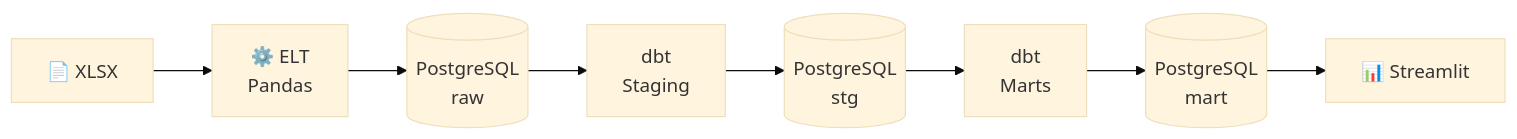
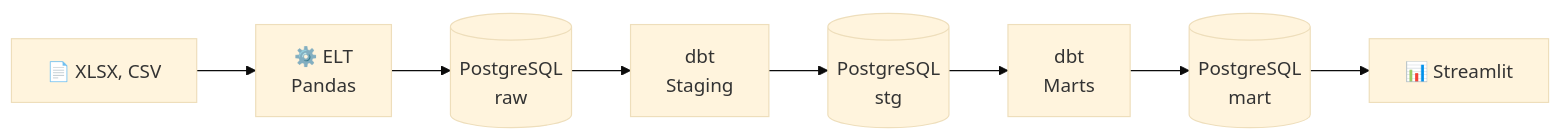
One commit to kirkalyn13/service-metrics-pipeline changed the first of 2 diagrams in README.md. Above: the diagram before and after it, drawn with Mermaid (base theme). The commit also changed other lines of this file, not shown here.

Commit message:
docs:high util on diagram

````diff
--- a/README.md
+++ b/README.md
@@ -17,10 +17,10 @@
 ```mermaid
 flowchart LR
-    A[📄 XLSX] --> B[⚙️ ELT\nPandas]
+    A[📄 XLSX, CSV] --> B[⚙️ ELT\nPandas]
     B --> C[(PostgreSQL\nraw)]
     C --> D[dbt\nStaging]
     D --> E[(PostgreSQL\nstg)]
     E --> F[dbt\nMarts]
     F --> G[(PostgreSQL\nmart)]
     G --> H[📊 Streamlit]
 ```
````
